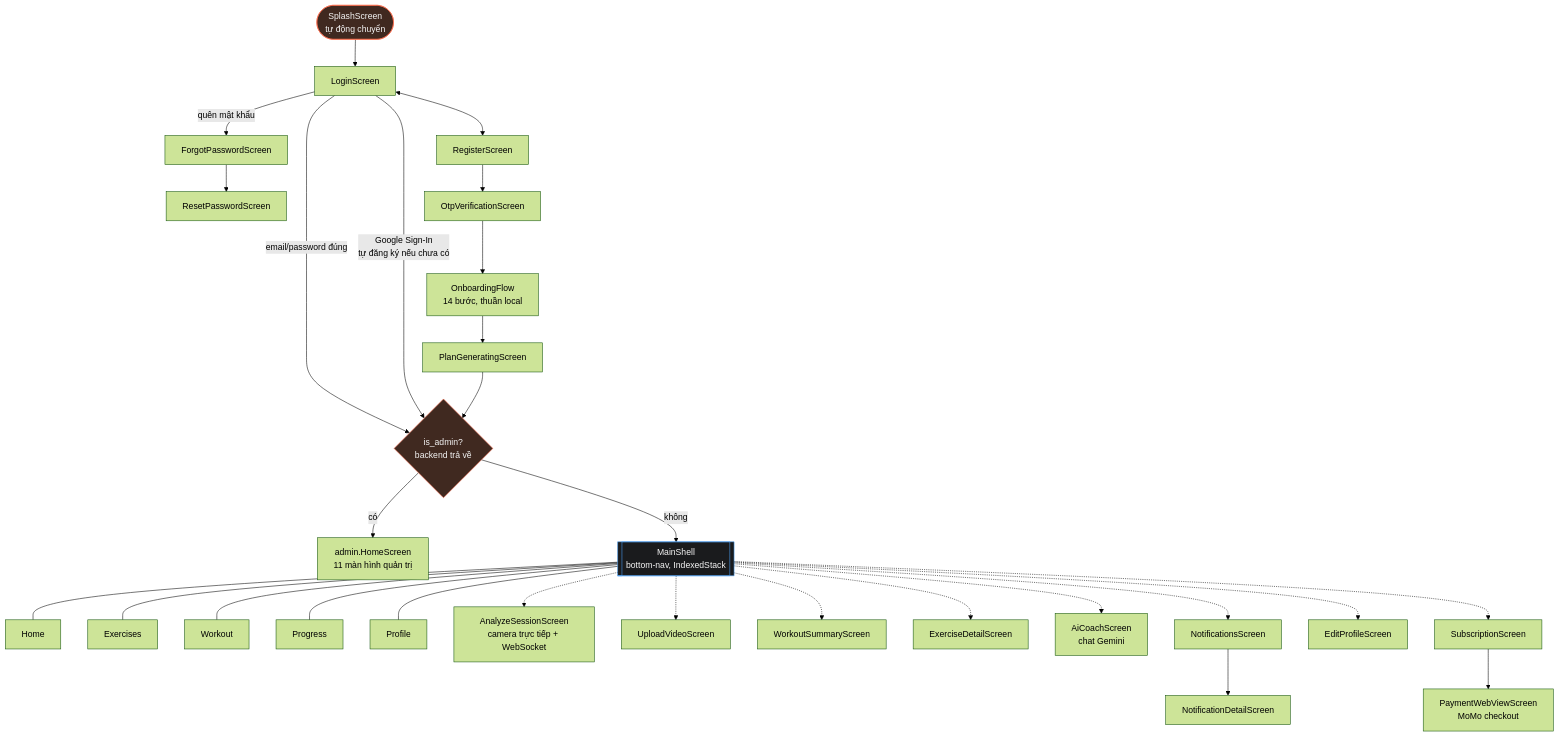
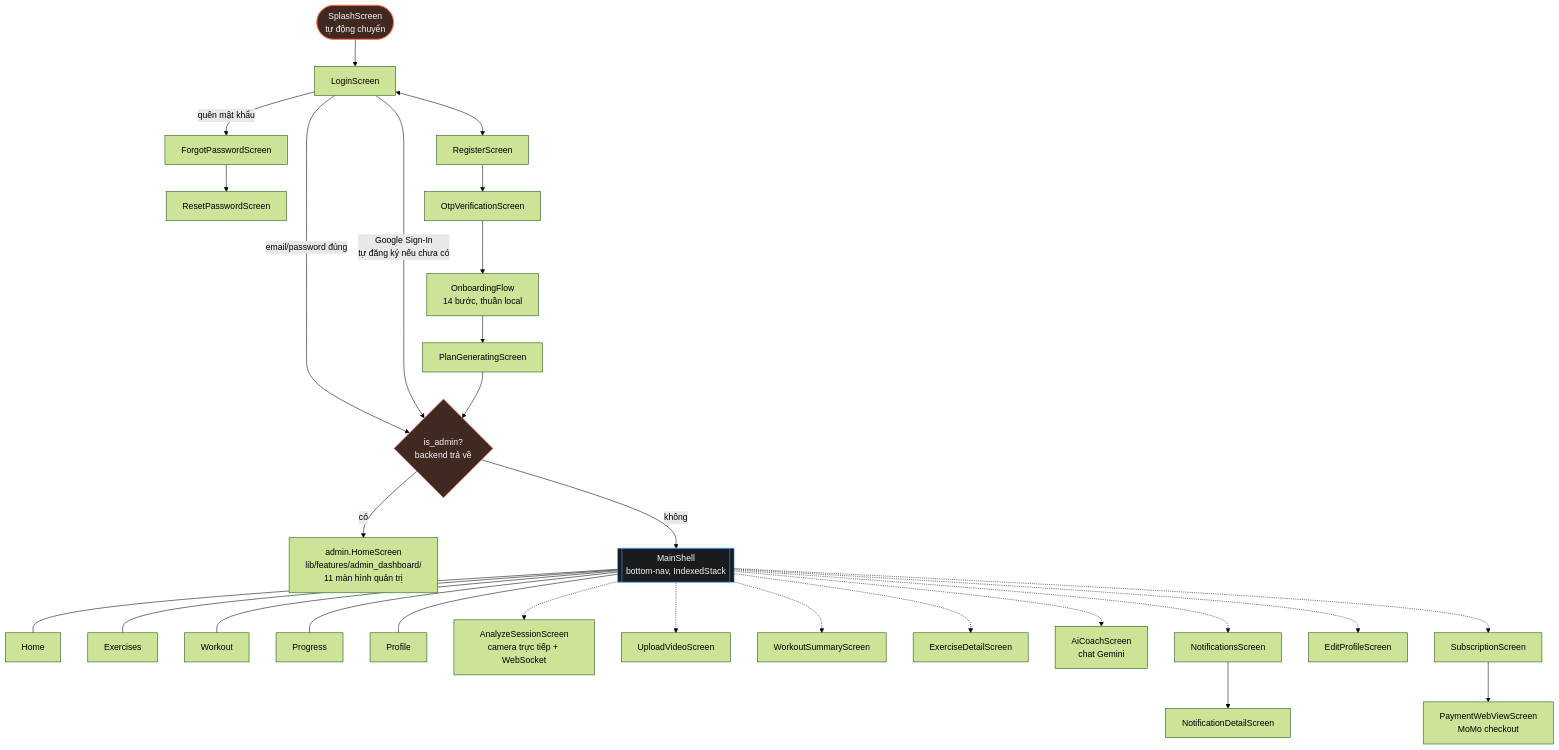
Before and after one commit to gwiz-bit/PostureX: the second of 4 diagrams in docs/ARCHITECTURE.md, drawn with Mermaid (forest theme). The commit also changed other lines of this file and 1 other file, not shown here.

````diff
--- a/docs/ARCHITECTURE.md
+++ b/docs/ARCHITECTURE.md
@@ -9,36 +40,36 @@
 ```mermaid
 flowchart TD
     Splash([SplashScreen<br/>tự động chuyển]) --> Login[LoginScreen]
     Login <--> Register[RegisterScreen]
     Login -- quên mật khẩu --> Forgot[ForgotPasswordScreen] --> Reset[ResetPasswordScreen]
     Register --> Otp[OtpVerificationScreen]
     Otp --> Onboarding[OnboardingFlow<br/>14 bước, thuần local]
     Onboarding --> PlanGen[PlanGeneratingScreen]
 
     Login -- email/password đúng --> Decision
     Login -- Google Sign-In<br/>tự đăng ký nếu chưa có --> Decision
     PlanGen --> Decision{is_admin?<br/>backend trả về}
 
-    Decision -- có --> AdminHome[admin.HomeScreen<br/>11 màn hình quản trị]
+    Decision -- có --> AdminHome["admin.HomeScreen<br/>lib/features/admin_dashboard/<br/>11 màn hình quản trị"]
     Decision -- không --> MainShell[[MainShell<br/>bottom-nav, IndexedStack]]
 
     MainShell --- Home[Home]
     MainShell --- Exercises[Exercises]
     MainShell --- Workout[Workout]
     MainShell --- Progress[Progress]
     MainShell --- Profile[Profile]
 
     MainShell -.-> Analyze[AnalyzeSessionScreen<br/>camera trực tiếp + WebSocket]
     MainShell -.-> Upload[UploadVideoScreen]
     MainShell -.-> Summary[WorkoutSummaryScreen]
     MainShell -.-> ExDetail[ExerciseDetailScreen]
     MainShell -.-> Coach[AiCoachScreen<br/>chat Gemini]
     MainShell -.-> Notif[NotificationsScreen] --> NotifDetail[NotificationDetailScreen]
     MainShell -.-> EditProfile[EditProfileScreen]
     MainShell -.-> Sub[SubscriptionScreen] --> Payment[PaymentWebViewScreen<br/>MoMo checkout]
 
     classDef entry fill:#402920,stroke:#FF6F4F,color:#F5F5F5
     classDef shell fill:#1A1B1D,stroke:#4DA6FF,color:#F5F5F5
     class Splash,Decision entry
     class MainShell shell
 ```
````
